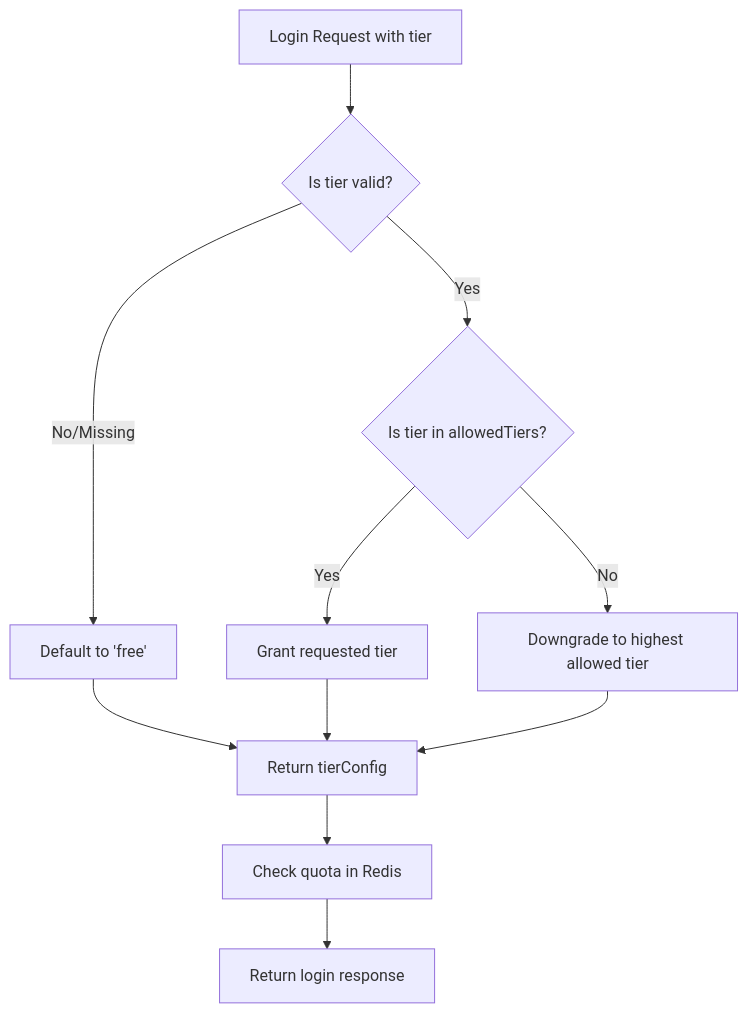
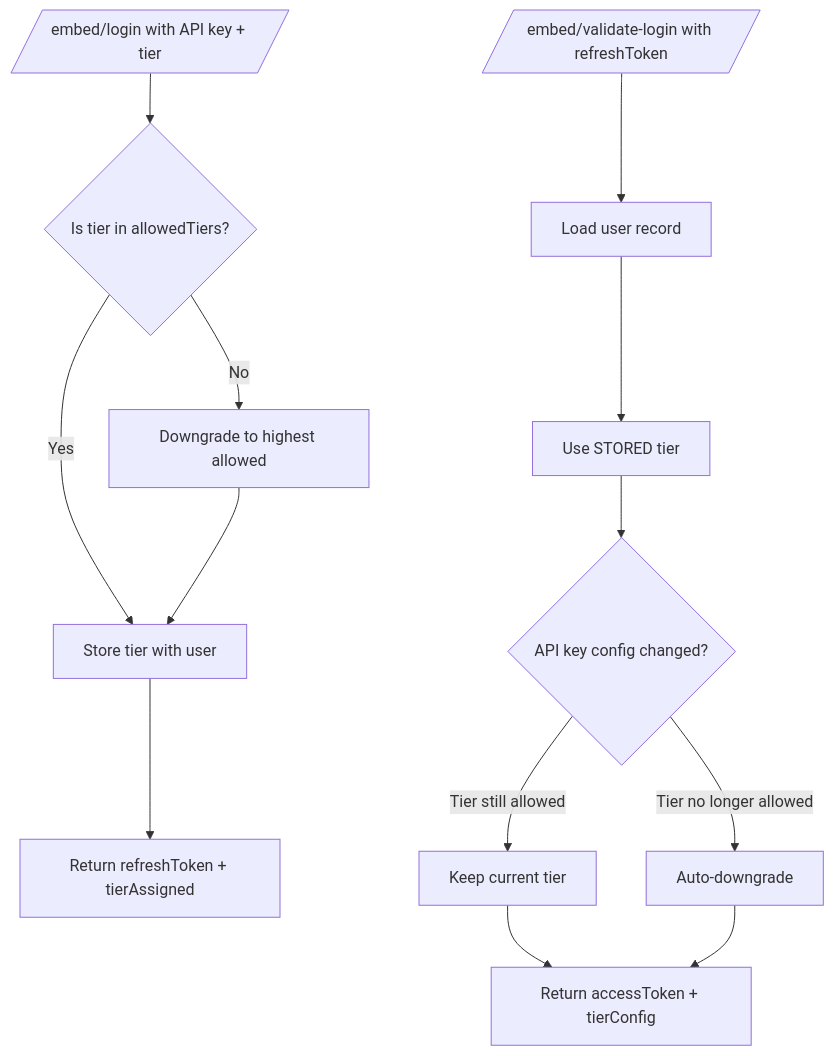
Before and after one commit to Divinci-AI/Examples: the second of 2 diagrams in embed/MembershipTiers.md, drawn with Mermaid. The commit also changed other lines of this file, not shown here.

First line of the commit message:
docs: Update security model - server-side tier enforcement (#7)

````diff
--- a/embed/MembershipTiers.md
+++ b/embed/MembershipTiers.md
@@ -108,13 +100,16 @@
 ```mermaid
 flowchart TD
-    A[Login Request with tier] --> B{Is tier valid?}
-    B -->|No/Missing| C[Default to 'free']
-    B -->|Yes| D{Is tier in allowedTiers?}
-    D -->|Yes| E[Grant requested tier]
-    D -->|No| F[Downgrade to highest allowed tier]
-    C --> G[Return tierConfig]
-    E --> G
-    F --> G
-    G --> H[Check quota in Redis]
-    H --> I[Return login response]
+    A[/embed/login with API key + tier/] --> B{Is tier in allowedTiers?}
+    B -->|Yes| C[Store tier with user]
+    B -->|No| D[Downgrade to highest allowed]
+    D --> C
+    C --> E[Return refreshToken + tierAssigned]
+
+    F[/embed/validate-login with refreshToken/] --> G[Load user record]
+    G --> H[Use STORED tier]
+    H --> I{API key config changed?}
+    I -->|Tier still allowed| J[Keep current tier]
+    I -->|Tier no longer allowed| K[Auto-downgrade]
+    J --> L[Return accessToken + tierConfig]
+    K --> L
 ```
````
